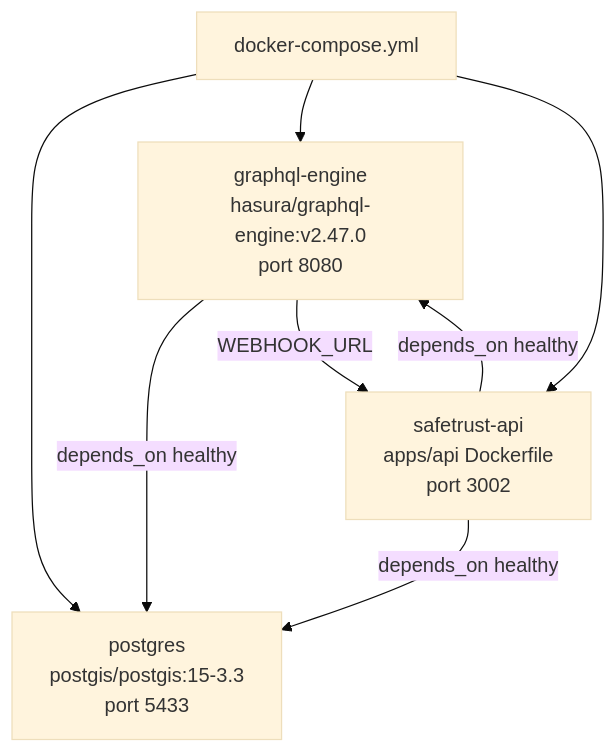
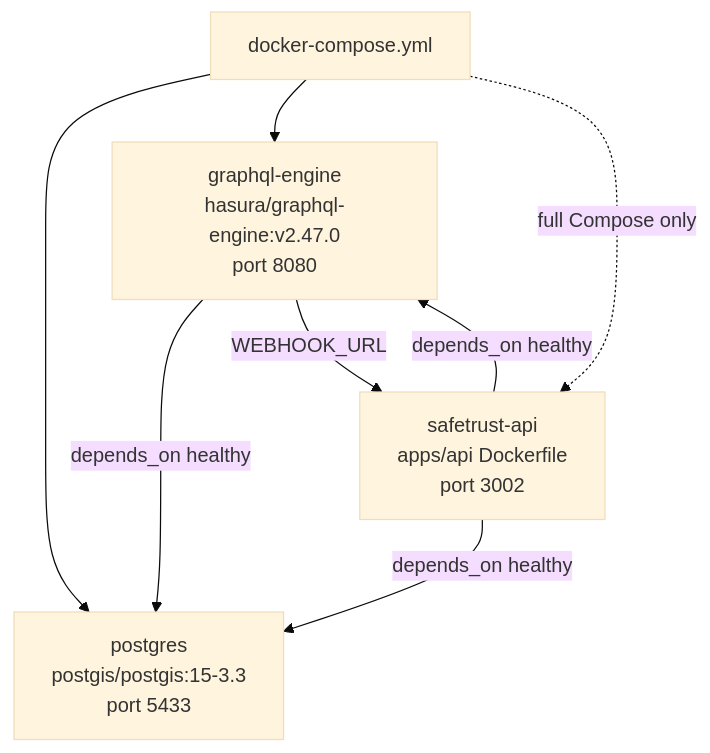
The diagram in docs/infra/docker.md (safetrustcr/dApp-SafeTrust), drawn with Mermaid (base theme) before and after one commit. The commit also changed other lines of this file and 19 other files, not shown here.

````diff
--- a/docs/infra/docker.md
+++ b/docs/infra/docker.md
@@ -8,15 +8,15 @@
 ```mermaid
 graph TD
     DC["docker-compose.yml"]
     PG["postgres\npostgis/postgis:15-3.3\nport 5433"]
     HE["graphql-engine\nhasura/graphql-engine:v2.47.0\nport 8080"]
     API["safetrust-api\napps/api Dockerfile\nport 3002"]
 
     DC --> PG
     DC --> HE
-    DC --> API
+    DC -.->|"full Compose only"| API
     HE -->|"depends_on healthy"| PG
     API -->|"depends_on healthy"| PG
     API -->|"depends_on healthy"| HE
     HE -->|"WEBHOOK_URL"| API
 ```
````
